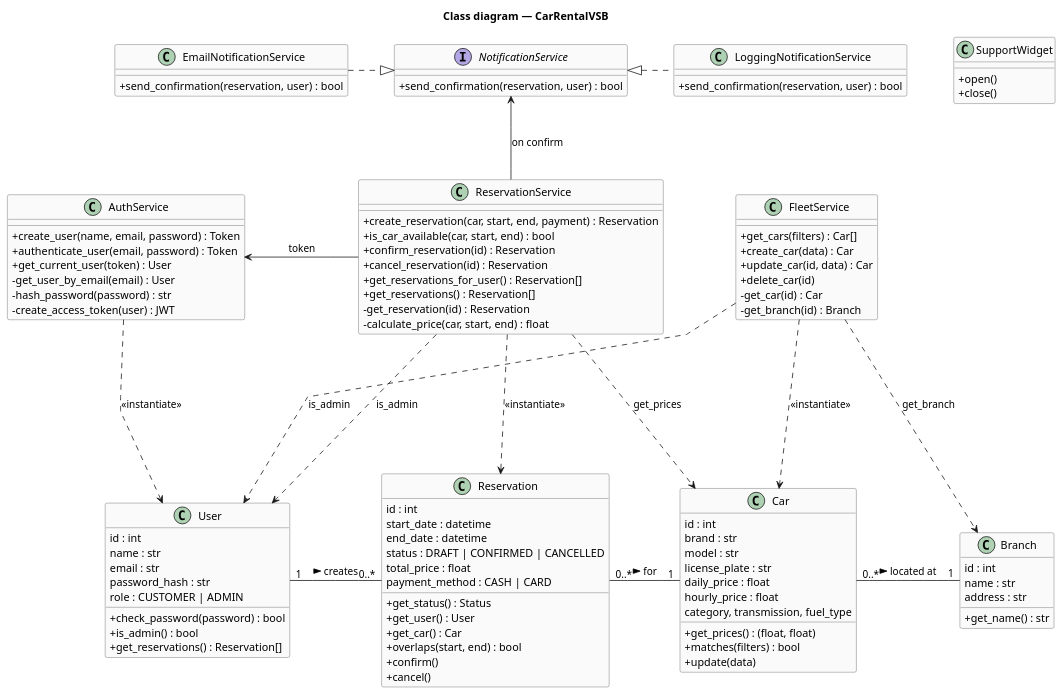
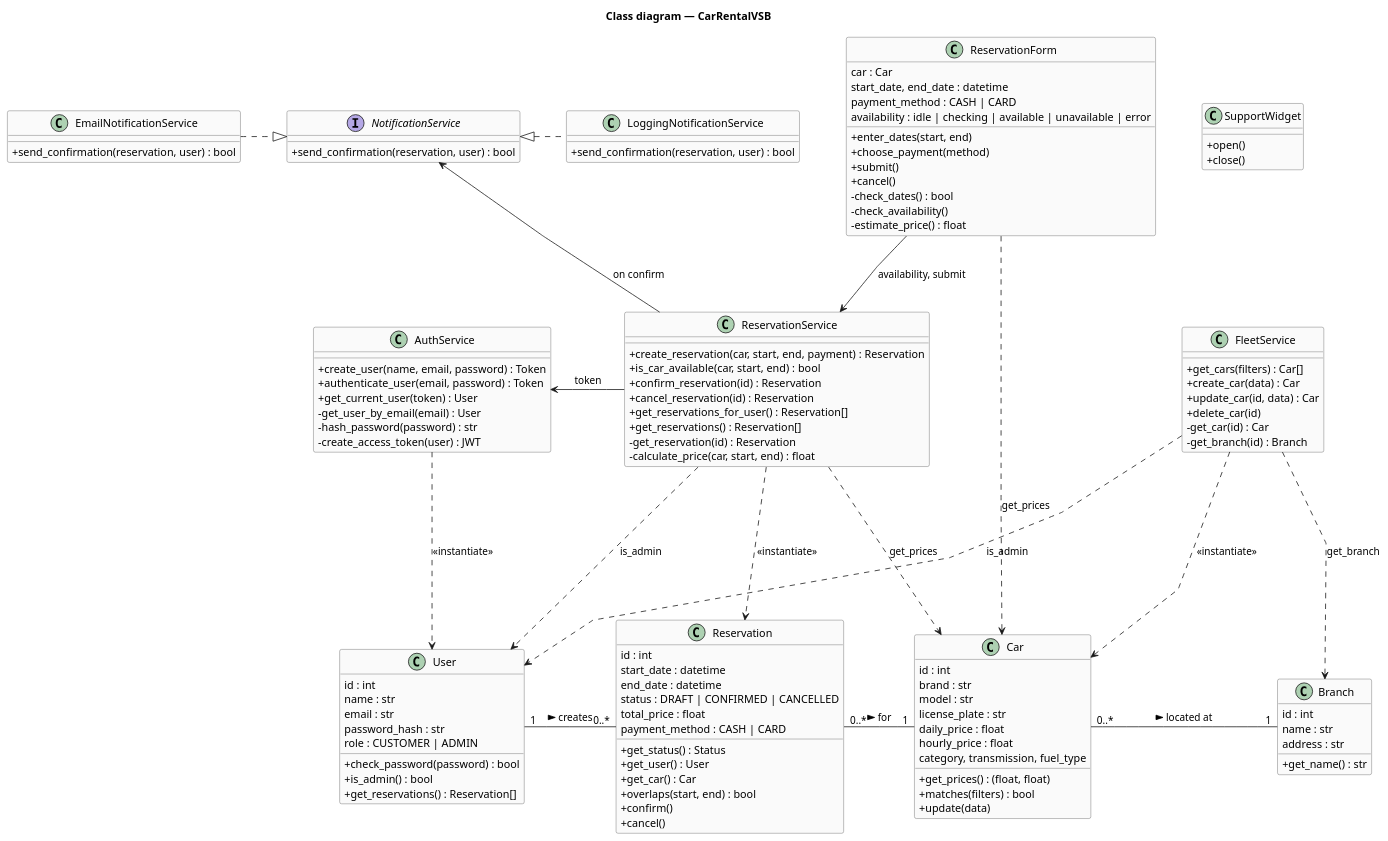
Before and after one commit to DavidMagyarics/CarRentalVSB: the diagram in docs/diagrams/class-system.puml, drawn with PlantUML. The commit also changed 3 other files, not shown here.

Commit message:
add(docs): ReservationForm class, its state diagram and its role in the UC4 sequence

```diff
--- a/docs/diagrams/class-system.puml
+++ b/docs/diagrams/class-system.puml
@@ -1,122 +1,139 @@
 @startuml class-system
 skinparam backgroundColor white
 skinparam classAttributeIconSize 0
 skinparam linetype polyline
 skinparam nodesep 60
 skinparam ranksep 80
 skinparam class {
   BackgroundColor #FAFAFA
   BorderColor #555555
 }
 title Class diagram — CarRentalVSB
+
+class ReservationForm {
+  car : Car
+  start_date, end_date : datetime
+  payment_method : CASH | CARD
+  availability : idle | checking | available | unavailable | error
+  + enter_dates(start, end)
+  + choose_payment(method)
+  + submit()
+  + cancel()
+  - check_dates() : bool
+  - check_availability()
+  - estimate_price() : float
+}
 
 class AuthService {
   + create_user(name, email, password) : Token
   + authenticate_user(email, password) : Token
   + get_current_user(token) : User
   - get_user_by_email(email) : User
   - hash_password(password) : str
   - create_access_token(user) : JWT
 }
 
 class ReservationService {
   + create_reservation(car, start, end, payment) : Reservation
   + is_car_available(car, start, end) : bool
   + confirm_reservation(id) : Reservation
   + cancel_reservation(id) : Reservation
   + get_reservations_for_user() : Reservation[]
   + get_reservations() : Reservation[]
   - get_reservation(id) : Reservation
   - calculate_price(car, start, end) : float
 }
 
 class FleetService {
   + get_cars(filters) : Car[]
   + create_car(data) : Car
   + update_car(id, data) : Car
   + delete_car(id)
   - get_car(id) : Car
   - get_branch(id) : Branch
 }
 
 interface NotificationService {
   + send_confirmation(reservation, user) : bool
 }
 class EmailNotificationService {
   + send_confirmation(reservation, user) : bool
 }
 class LoggingNotificationService {
   + send_confirmation(reservation, user) : bool
 }
 
 class SupportWidget {
   + open()
   + close()
 }
 
 class User {
   id : int
   name : str
   email : str
   password_hash : str
   role : CUSTOMER | ADMIN
   + check_password(password) : bool
   + is_admin() : bool
   + get_reservations() : Reservation[]
 }
 
 class Reservation {
   id : int
   start_date : datetime
   end_date : datetime
   status : DRAFT | CONFIRMED | CANCELLED
   total_price : float
   payment_method : CASH | CARD
   + get_status() : Status
   + get_user() : User
   + get_car() : Car
   + overlaps(start, end) : bool
   + confirm()
   + cancel()
 }
 
 class Car {
   id : int
   brand : str
   model : str
   license_plate : str
   daily_price : float
   hourly_price : float
   category, transmission, fuel_type
   + get_prices() : (float, float)
   + matches(filters) : bool
   + update(data)
 }
 
 class Branch {
   id : int
   name : str
   address : str
   + get_name() : str
 }
 
+ReservationForm -down-> ReservationService : availability, submit
+ReservationForm ..> Car : get_prices
 ReservationService -up-> NotificationService : on confirm
+LoggingNotificationService -[hidden]right- ReservationForm
 NotificationService <|.left. EmailNotificationService
 NotificationService <|.right. LoggingNotificationService
 ReservationService -left-> AuthService : token
 ReservationService -[hidden]right- FleetService
 
 AuthService ...> User : <<instantiate>>
 ReservationService ...> Reservation : <<instantiate>>
 FleetService ...> Car : <<instantiate>>
 
 ' every message in a sequence diagram needs a link between the two classes
 ReservationService ...> Car : get_prices
 ReservationService ...> User : is_admin
 FleetService -[norank].> User : is_admin
 FleetService ...> Branch : get_branch
 
 User "1" -right- "0..*" Reservation : creates >
 Reservation "0..*" -right- "1" Car : for >
 Car "0..*" -right- "1" Branch : located at >
 @enduml
```
